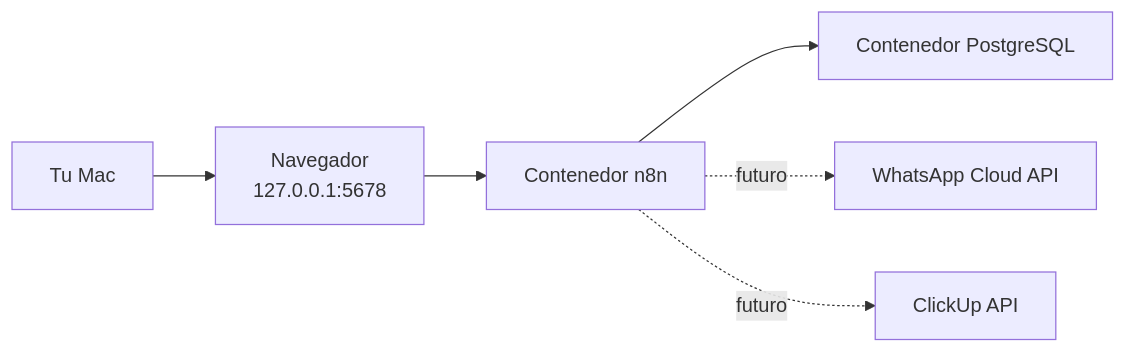
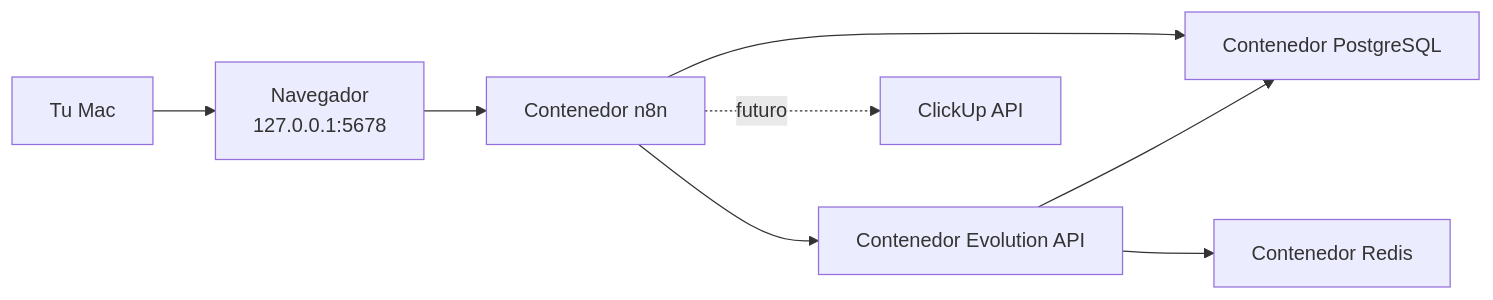
One commit to juanpablovM/Automatizacion-WhatsApp changed the diagram in docs/arquitectura.md. Above: the diagram before and after it, drawn with Mermaid. The commit also changed other lines of this file and 26 other files, not shown here.

````diff
--- a/docs/arquitectura.md
+++ b/docs/arquitectura.md
@@ -31,8 +32,10 @@
 ```mermaid
 flowchart LR
     User["Tu Mac"] --> Browser["Navegador<br/>127.0.0.1:5678"]
     Browser --> N8N["Contenedor n8n"]
     N8N --> PG["Contenedor PostgreSQL"]
-    N8N -. futuro .-> WA["WhatsApp Cloud API"]
+    N8N --> EVO["Contenedor Evolution API"]
+    EVO --> REDIS["Contenedor Redis"]
+    EVO --> PG
     N8N -. futuro .-> CU["ClickUp API"]
 ```
````
